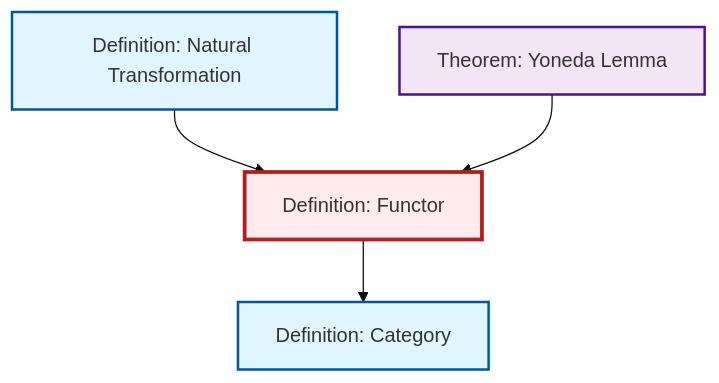
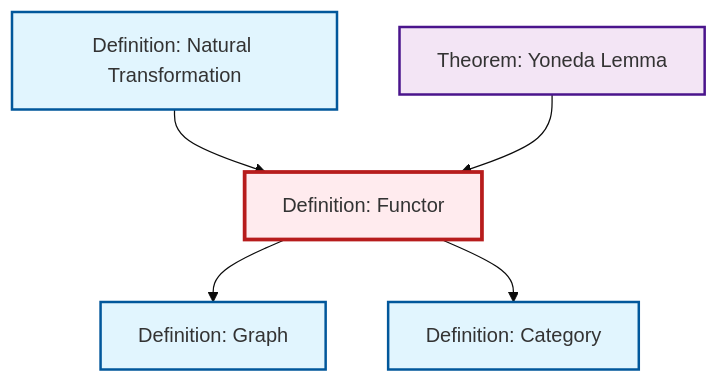
One commit to RK0429/ModernMath changed the diagram in content/en/category-theory/def-functor.qmd. Above: the diagram before and after it, drawn with Mermaid (base theme). The commit also changed 434 other files, not shown here.

````diff
--- a/content/en/category-theory/def-functor.qmd
+++ b/content/en/category-theory/def-functor.qmd
@@ -49,20 +49,23 @@
 ```{mermaid}
 %%| fig-cap: "Local dependency graph"
 graph TD
     classDef definition fill:#e1f5fe,stroke:#01579b,stroke-width:2px
     classDef theorem fill:#f3e5f5,stroke:#4a148c,stroke-width:2px
     classDef axiom fill:#fff3e0,stroke:#e65100,stroke-width:2px
     classDef example fill:#e8f5e9,stroke:#1b5e20,stroke-width:2px
     classDef current fill:#ffebee,stroke:#b71c1c,stroke-width:3px
+    def-category["Definition: Category"]:::definition
+    def-graph["Definition: Graph"]:::definition
     def-functor["Definition: Functor"]:::definition
-    def-category["Definition: Category"]:::definition
     thm-yoneda["Theorem: Yoneda Lemma"]:::theorem
     def-natural-transformation["Definition: Natural Transformation"]:::definition
+    def-functor --> def-graph
+    def-natural-transformation --> def-functor
     def-functor --> def-category
-    def-natural-transformation --> def-functor
     thm-yoneda --> def-functor
     class def-functor current
     click def-category "def-category.html" "Go to Category definition"
+    click def-graph "def-graph.html" "Go to Graph definition"
     click thm-yoneda "thm-yoneda.html" "Go to Yoneda Lemma theorem"
     click def-natural-transformation "def-natural-transformation.html" "Go to Natural Transformation definition"
 ```
````
